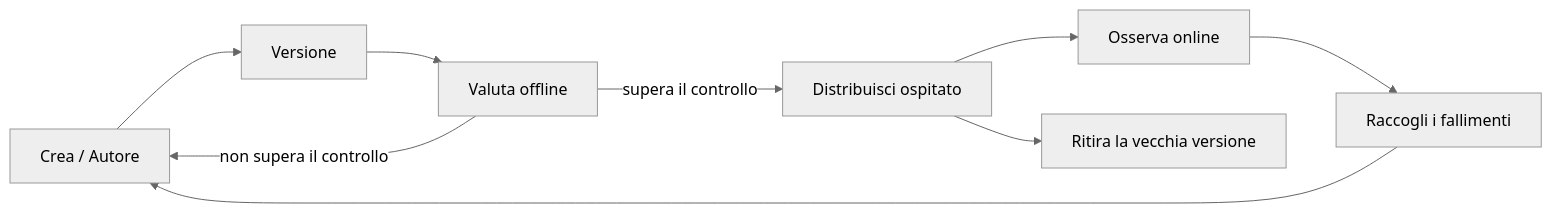
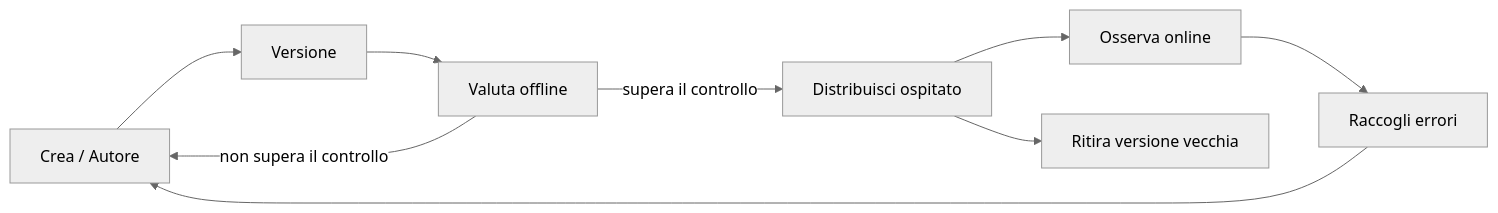
One commit to microsoft/ai-agents-for-beginners changed the second of 4 diagrams in translations/it/16-deploying-scalable-agents/README.md. Above: the diagram before and after it, drawn with Mermaid (neutral theme). The commit also changed other lines of this file and 47 other files, not shown here.

````diff
--- a/translations/it/16-deploying-scalable-agents/README.md
+++ b/translations/it/16-deploying-scalable-agents/README.md
@@ -108,11 +108,11 @@
 ```mermaid
 flowchart LR
     Create[Crea / Autore] --> Version[Versione]
     Version --> Evaluate[Valuta offline]
     Evaluate -->|supera il controllo| Deploy[Distribuisci ospitato]
     Evaluate -->|non supera il controllo| Create
     Deploy --> Observe[Osserva online]
-    Observe --> Improve[Raccogli i fallimenti]
+    Observe --> Improve[Raccogli errori]
     Improve --> Create
-    Deploy --> Retire[Ritira la vecchia versione]
+    Deploy --> Retire[Ritira versione vecchia]
 ```
````
